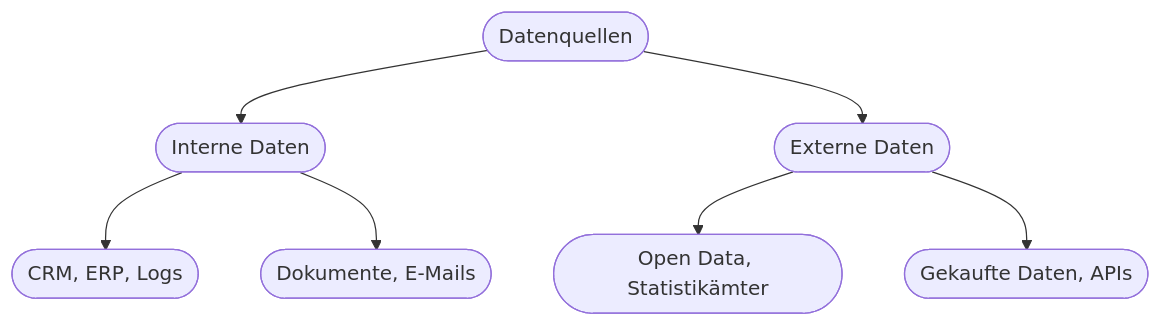
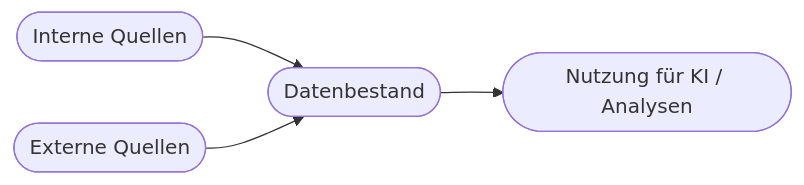
The first of 2 diagrams in docs/content/kapitel9.md (Qualidy/Prompt-Engineering-KI-in-der-Arbeitswelt), drawn with Mermaid before and after one commit. The commit also changed other lines of this file and 80 other files, not shown here.

````diff
--- a/docs/content/kapitel9.md
+++ b/docs/content/kapitel9.md
@@ -24,9 +41,6 @@
 ```mermaid
-flowchart TD
-    A([Datenquellen]) --> B([Interne Daten])
-    A --> C([Externe Daten])
-    B --> B1([CRM, ERP, Logs])
-    B --> B2([Dokumente, E-Mails])
-    C --> C1([Open Data, Statistikämter])
-    C --> C2([Gekaufte Daten, APIs])
+flowchart LR
+    A([Interne Quellen]) --> C([Datenbestand])
+    B([Externe Quellen]) --> C
+    C --> D([Nutzung für KI / Analysen])
 ```
````
